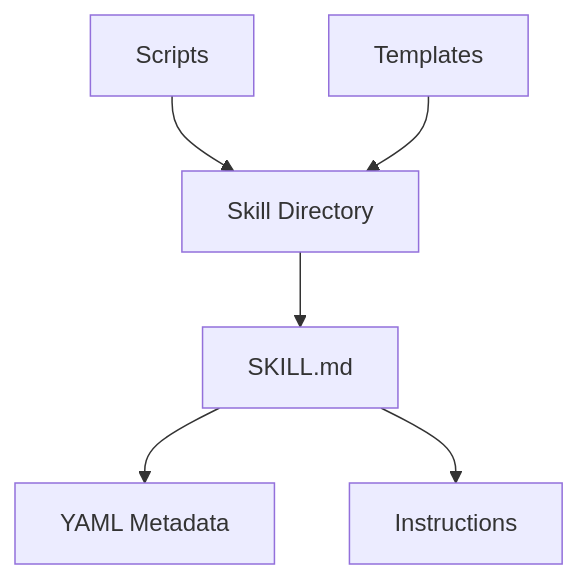
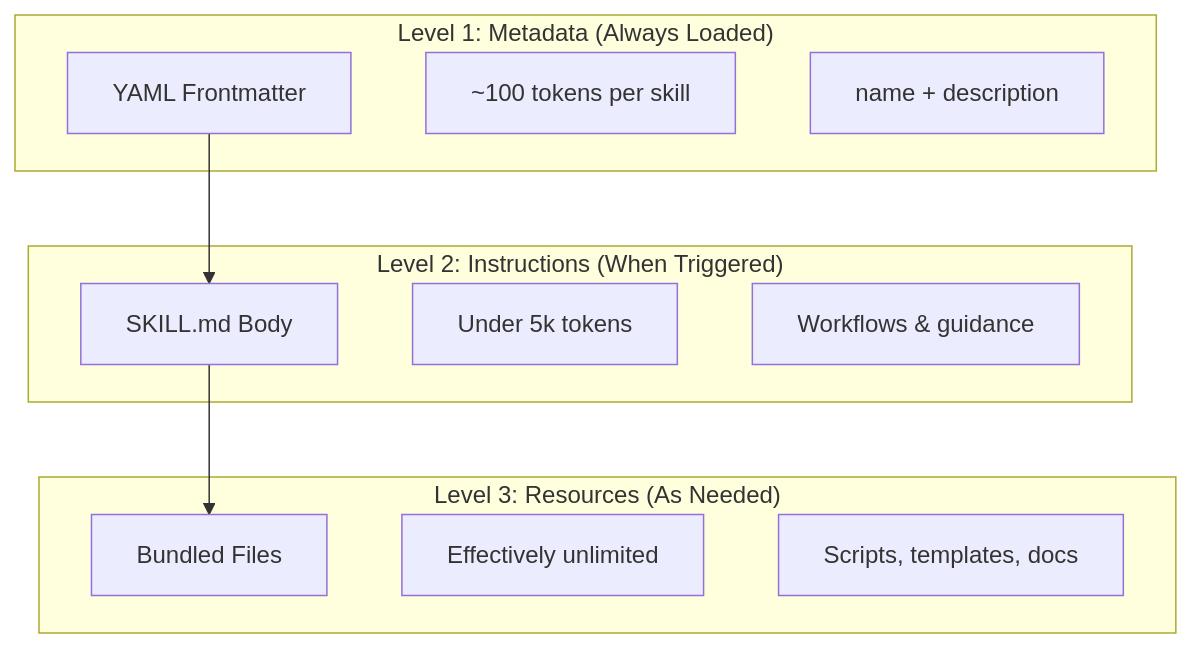
The first of 2 diagrams in 03-skills/README.md (omnimasudo/croft-howto), drawn with Mermaid before and after one commit. The commit also changed other lines of this file, not shown here.

````diff
--- a/03-skills/README.md
+++ b/03-skills/README.md
@@ -25,15 +32,23 @@
 ```mermaid
 graph TB
-    A["Skill Directory"]
-    B["SKILL.md"]
-    C["YAML Metadata"]
-    D["Instructions"]
-    E["Scripts"]
-    F["Templates"]
+    subgraph "Level 1: Metadata (Always Loaded)"
+        A["YAML Frontmatter"]
+        A1["~100 tokens per skill"]
+        A2["name + description"]
+    end
+
+    subgraph "Level 2: Instructions (When Triggered)"
+        B["SKILL.md Body"]
+        B1["Under 5k tokens"]
+        B2["Workflows & guidance"]
+    end
+
+    subgraph "Level 3: Resources (As Needed)"
+        C["Bundled Files"]
+        C1["Effectively unlimited"]
+        C2["Scripts, templates, docs"]
+    end
 
     A --> B
     B --> C
-    B --> D
-    E --> A
-    F --> A
 ```
````
